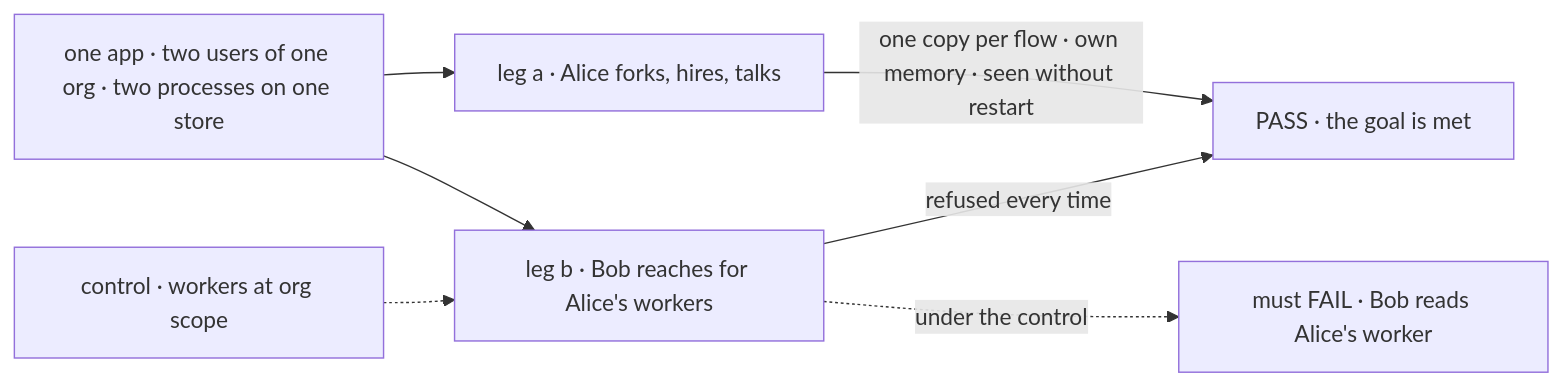
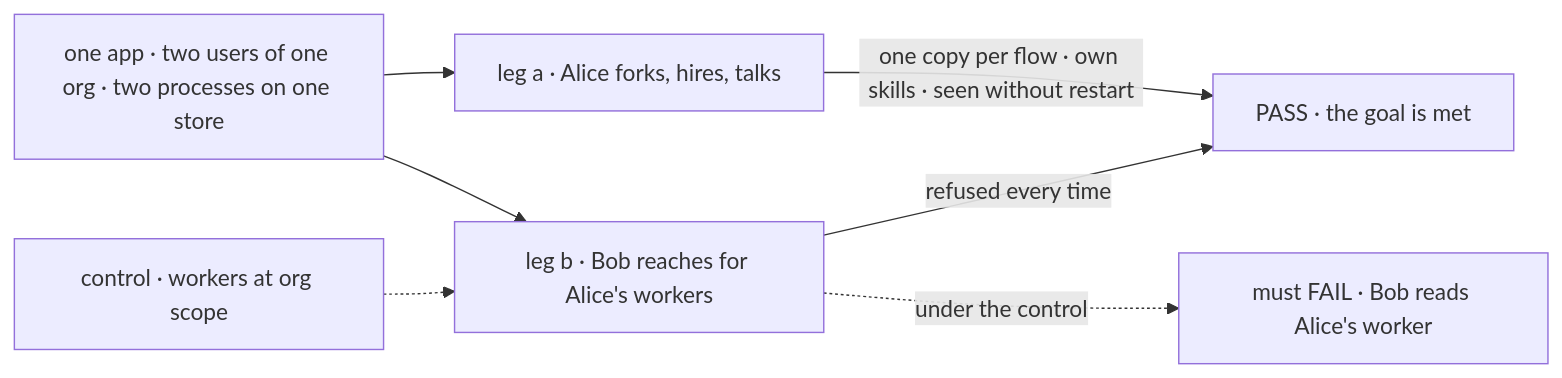
The first of 2 diagrams in specs/issues/FIX-1788/SPEC.md (fixpoint-labs/flow-state-dev), drawn with Mermaid before and after one commit. The commit also changed other lines of this file and 7 other files, not shown here.

````diff
--- a/specs/issues/FIX-1788/SPEC.md
+++ b/specs/issues/FIX-1788/SPEC.md
@@ -34,9 +34,9 @@
 ```mermaid
 flowchart LR
   S["one app · two users of one org · two processes on one store"] --> A["leg a · Alice forks, hires, talks"]
   S --> B["leg b · Bob reaches for Alice's workers"]
-  A -->|"one copy per flow · own memory · seen without restart"| P["PASS · the goal is met"]
+  A -->|"one copy per flow · own skills · seen without restart"| P["PASS · the goal is met"]
   B -->|"refused every time"| P
   X["control · workers at org scope"] -.-> B
   B -.->|"under the control"| F["must FAIL · Bob reads Alice's worker"]
 ```
````
